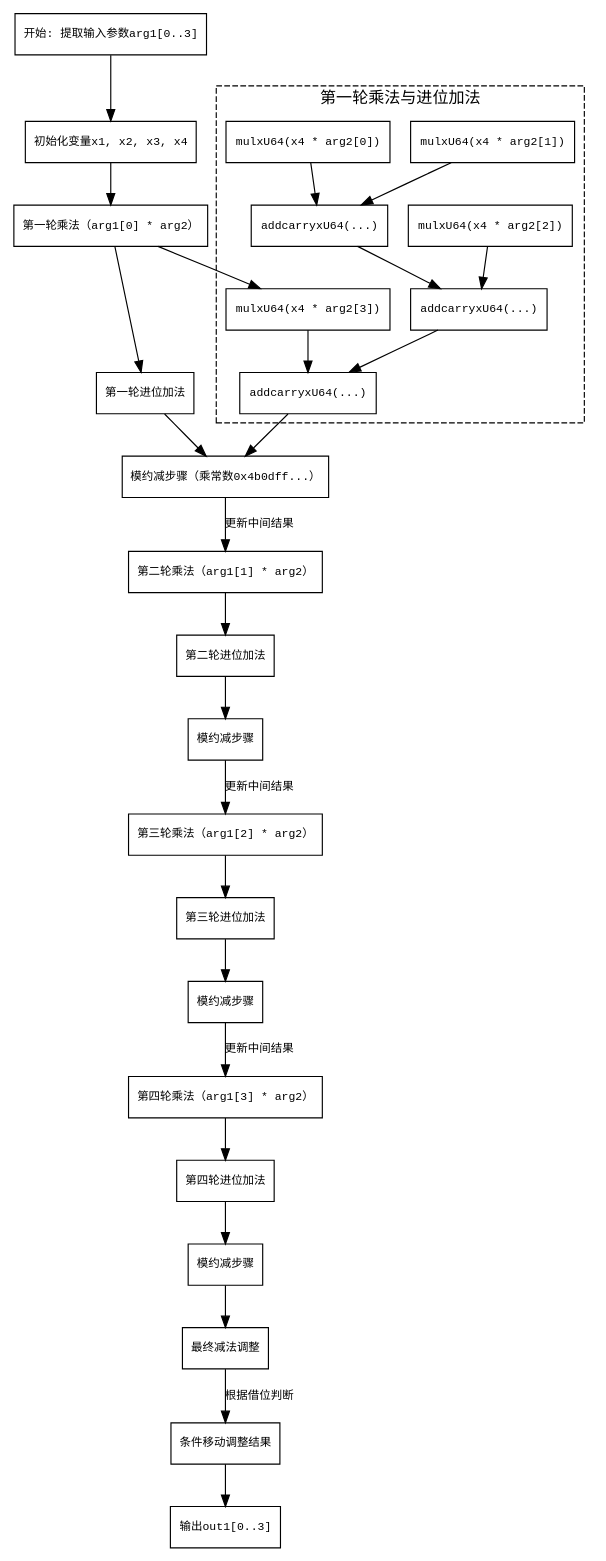
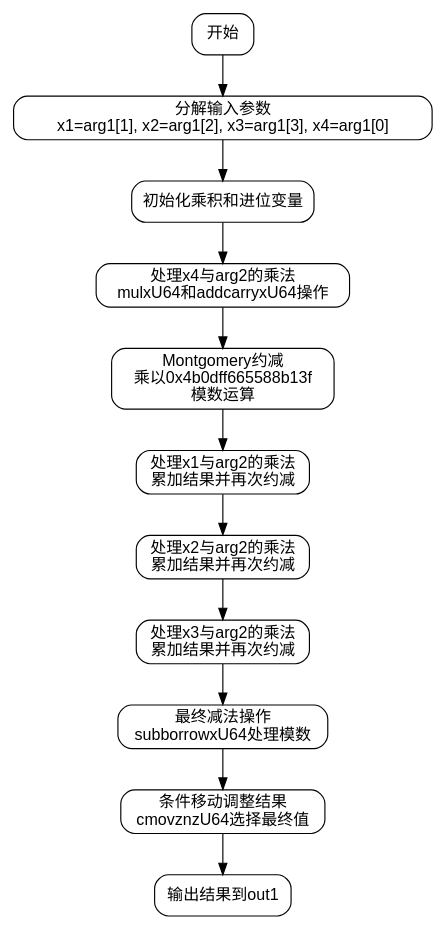
One commit to sdzx-1/deepseek-zig-reader changed the diagram in dot_std/crypto/pcurves/secp256k1/secp256k1_scalar_64.zig.mul.md. Above: the diagram before and after it, drawn with Graphviz. The commit also changed other lines of this file and 236 other files, not shown here.

````diff
--- a/dot_std/crypto/pcurves/secp256k1/secp256k1_scalar_64.zig.mul.md
+++ b/dot_std/crypto/pcurves/secp256k1/secp256k1_scalar_64.zig.mul.md
@@ -36,65 +43,29 @@
 ```dot
 digraph flowchart {
-    node [shape=rectangle, fontname="Courier", fontsize=10];
-    edge [fontname="Courier", fontsize=10];
+    node [shape=rectangle, style="rounded", fontname="Helvetica"];
+    edge [fontname="Helvetica"];
+    
+    start [label="开始"];
+    decompose_input [label="分解输入参数\nx1=arg1[1], x2=arg1[2], x3=arg1[3], x4=arg1[0]"];
+    init_mul [label="初始化乘积和进位变量"];
+    process_x4 [label="处理x4与arg2的乘法\nmulxU64和addcarryxU64操作"];
+    montgomery_reduce1 [label="Montgomery约减\n乘以0x4b0dff665588b13f\n模数运算"];
+    process_x1 [label="处理x1与arg2的乘法\n累加结果并再次约减"];
+    process_x2 [label="处理x2与arg2的乘法\n累加结果并再次约减"];
+    process_x3 [label="处理x3与arg2的乘法\n累加结果并再次约减"];
+    final_sub [label="最终减法操作\nsubborrowxU64处理模数"];
+    cmov_adj [label="条件移动调整结果\ncmovznzU64选择最终值"];
+    output [label="输出结果到out1"];
 
-    start [label="开始: 提取输入参数arg1[0..3]"];
-    init_vars [label="初始化变量x1, x2, x3, x4"];
-    round1_mul [label="第一轮乘法（arg1[0] * arg2）"];
-    round1_add [label="第一轮进位加法"];
-    mod_reduce1 [label="模约减步骤（乘常数0x4b0dff...）"];
-    round2_mul [label="第二轮乘法（arg1[1] * arg2）"];
-    round2_add [label="第二轮进位加法"];
-    mod_reduce2 [label="模约减步骤"];
-    round3_mul [label="第三轮乘法（arg1[2] * arg2）"];
-    round3_add [label="第三轮进位加法"];
-    mod_reduce3 [label="模约减步骤"];
-    round4_mul [label="第四轮乘法（arg1[3] * arg2）"];
-    round4_add [label="第四轮进位加法"];
-    mod_reduce4 [label="模约减步骤"];
-    final_sub [label="最终减法调整"];
-    cmov_adj [label="条件移动调整结果"];
-    output [label="输出out1[0..3]"];
-
-    start -> init_vars;
-    init_vars -> round1_mul;
-    round1_mul -> round1_add;
-    round1_add -> mod_reduce1;
-    mod_reduce1 -> round2_mul [label="更新中间结果"];
-    round2_mul -> round2_add;
-    round2_add -> mod_reduce2;
-    mod_reduce2 -> round3_mul [label="更新中间结果"];
-    round3_mul -> round3_add;
-    round3_add -> mod_reduce3;
-    mod_reduce3 -> round4_mul [label="更新中间结果"];
-    round4_mul -> round4_add;
-    round4_add -> mod_reduce4;
-    mod_reduce4 -> final_sub;
-    final_sub -> cmov_adj [label="根据借位判断"];
+    start -> decompose_input;
+    decompose_input -> init_mul;
+    init_mul -> process_x4;
+    process_x4 -> montgomery_reduce1;
+    montgomery_reduce1 -> process_x1;
+    process_x1 -> process_x2;
+    process_x2 -> process_x3;
+    process_x3 -> final_sub;
+    final_sub -> cmov_adj;
     cmov_adj -> output;
-    
-    // 详细操作子图（示例展开第一轮）
-    subgraph cluster_round1 {
-        label="第一轮乘法与进位加法";
-        style=dashed;
-        
-        r1_mul1 [label="mulxU64(x4 * arg2[3])"];
-        r1_mul2 [label="mulxU64(x4 * arg2[2])"];
-        r1_mul3 [label="mulxU64(x4 * arg2[1])"];
-        r1_mul4 [label="mulxU64(x4 * arg2[0])"];
-        r1_add1 [label="addcarryxU64(...)"];
-        r1_add2 [label="addcarryxU64(...)"];
-        r1_add3 [label="addcarryxU64(...)"];
-        
-        r1_mul4 -> r1_add1;
-        r1_mul3 -> r1_add1;
-        r1_add1 -> r1_add2;
-        r1_mul2 -> r1_add2;
-        r1_add2 -> r1_add3;
-        r1_mul1 -> r1_add3;
-    }
-    
-    round1_mul -> r1_mul1 [lhead=cluster_round1];
-    r1_add3 -> mod_reduce1 [ltail=cluster_round1];
 }
-``` 
+```
````
